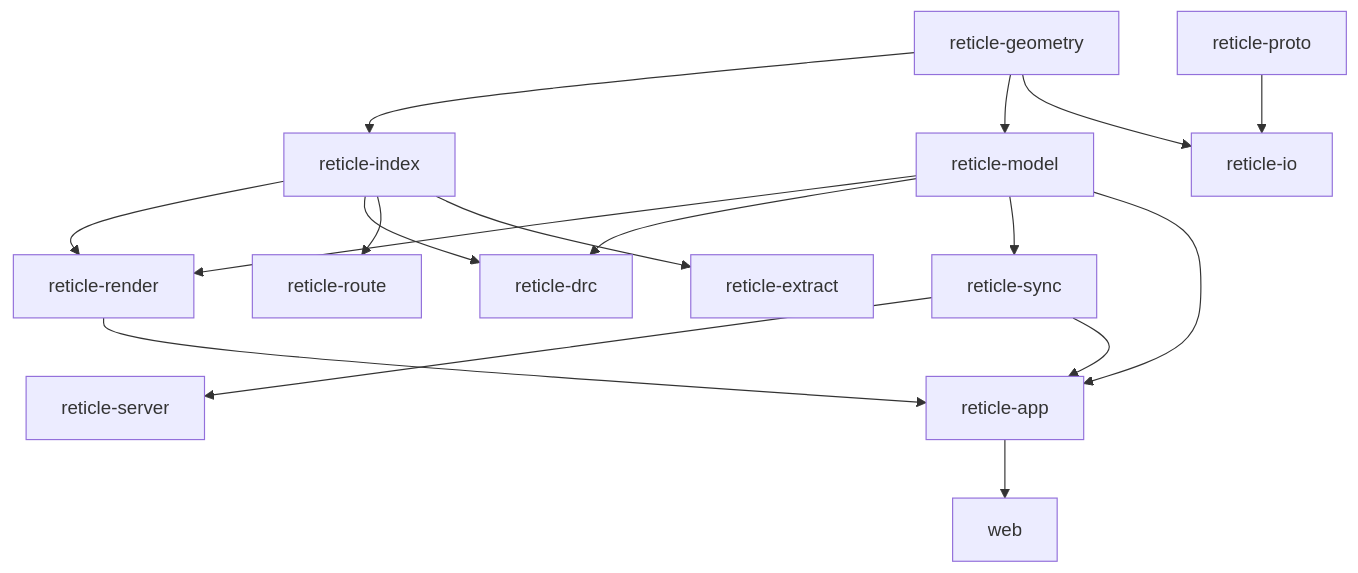
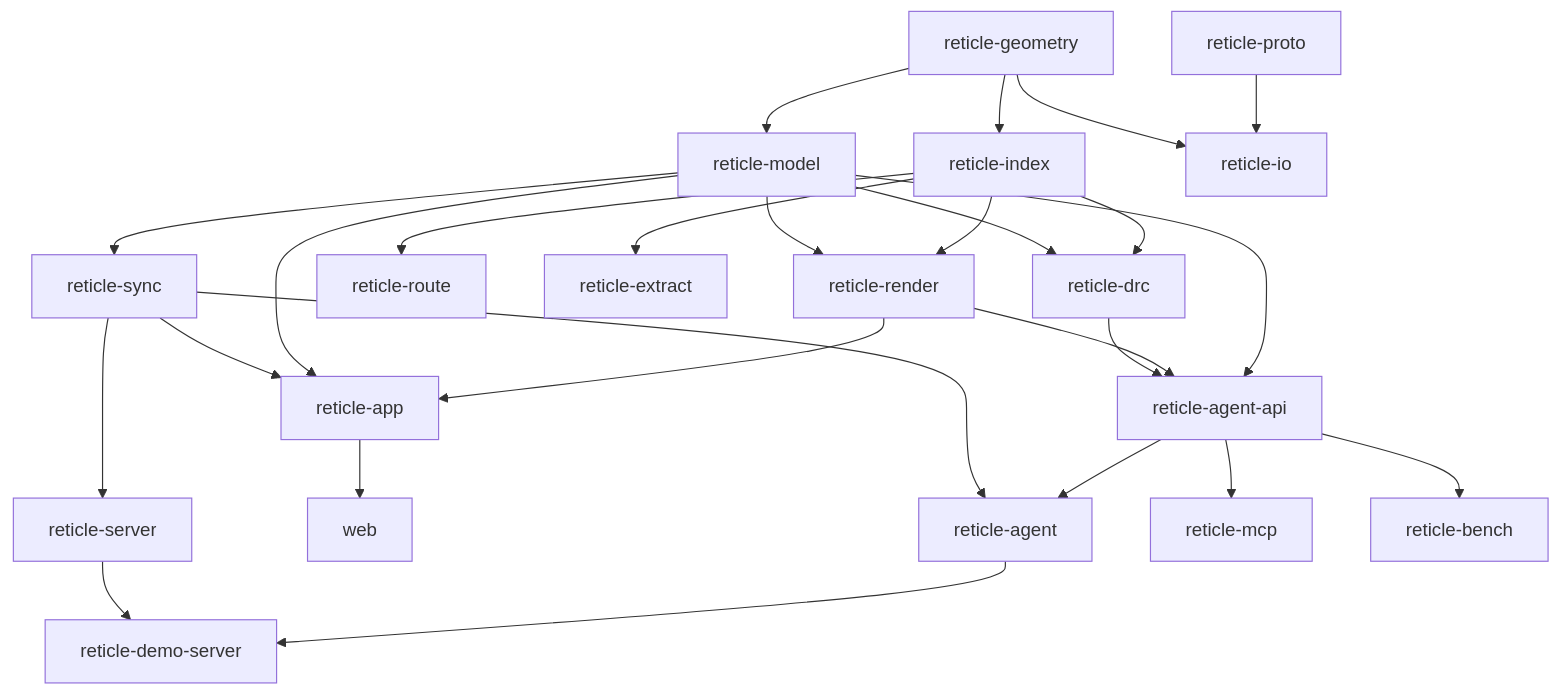
One commit to AlpharomeroJL/reticle changed the diagram in README.md. Above: the diagram before and after it, drawn with Mermaid. The commit also changed other lines of this file and 3 other files, not shown here.

First line of the commit message:
docs: v5.0.0 README positioning refresh and agent/MCP book chapters

````diff
--- a/README.md
+++ b/README.md
@@ -121,19 +150,28 @@
 ```mermaid
 graph TD
     geometry[reticle-geometry] --> index[reticle-index]
     geometry --> model[reticle-model]
     proto[reticle-proto] --> io[reticle-io]
     geometry --> io
     index --> render[reticle-render]
     model --> render
     index --> drc[reticle-drc]
     model --> drc
     index --> route[reticle-route]
     index --> extract[reticle-extract]
     model --> sync[reticle-sync]
     sync --> server[reticle-server]
     render --> app[reticle-app]
     model --> app
     sync --> app
     app --> web[web]
+    model --> agentapi[reticle-agent-api]
+    render --> agentapi
+    drc --> agentapi
+    agentapi --> agent[reticle-agent]
+    sync --> agent
+    agentapi --> mcp[reticle-mcp]
+    agentapi --> bench[reticle-bench]
+    agent --> demoserver[reticle-demo-server]
+    server --> demoserver
 ```
````
